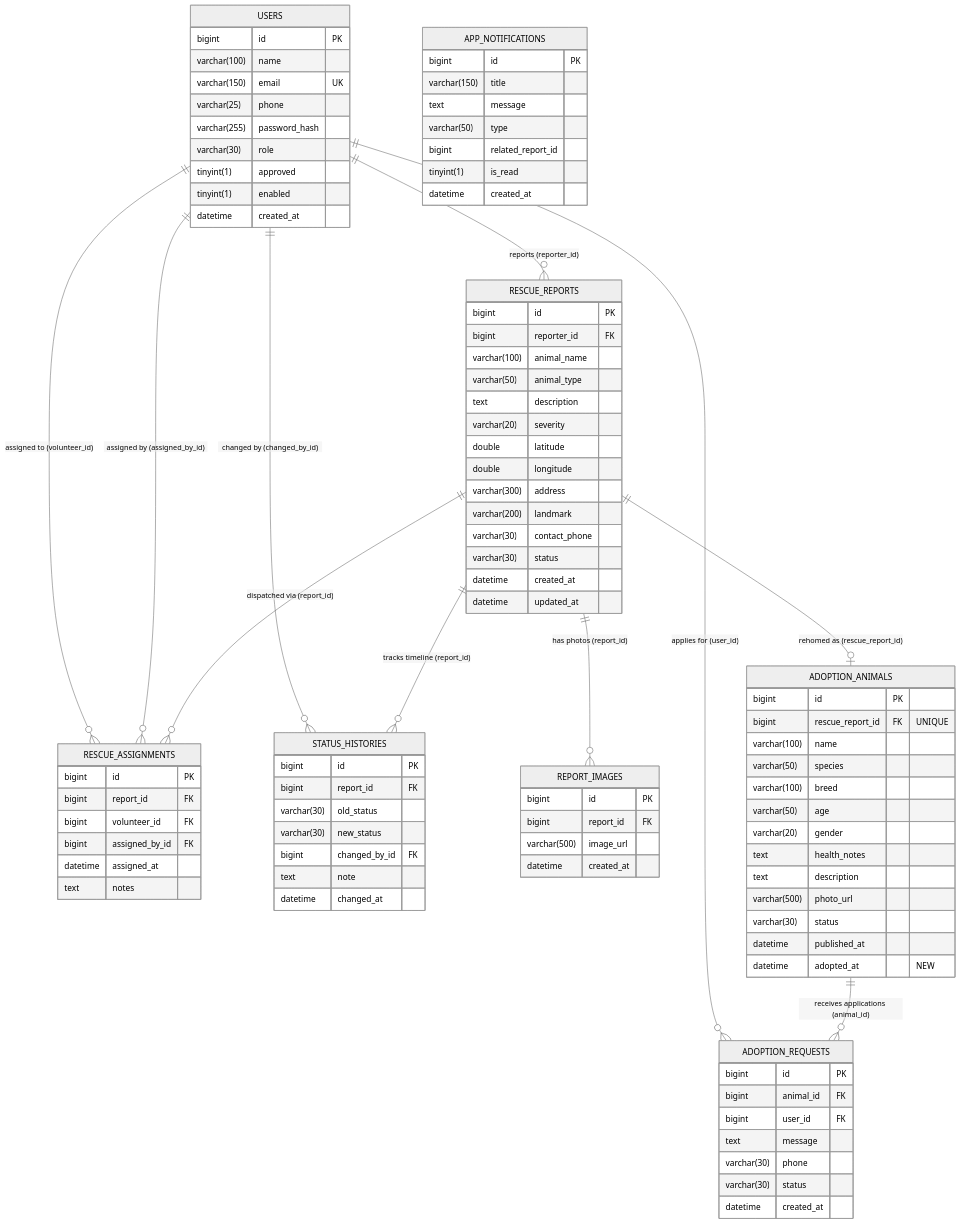
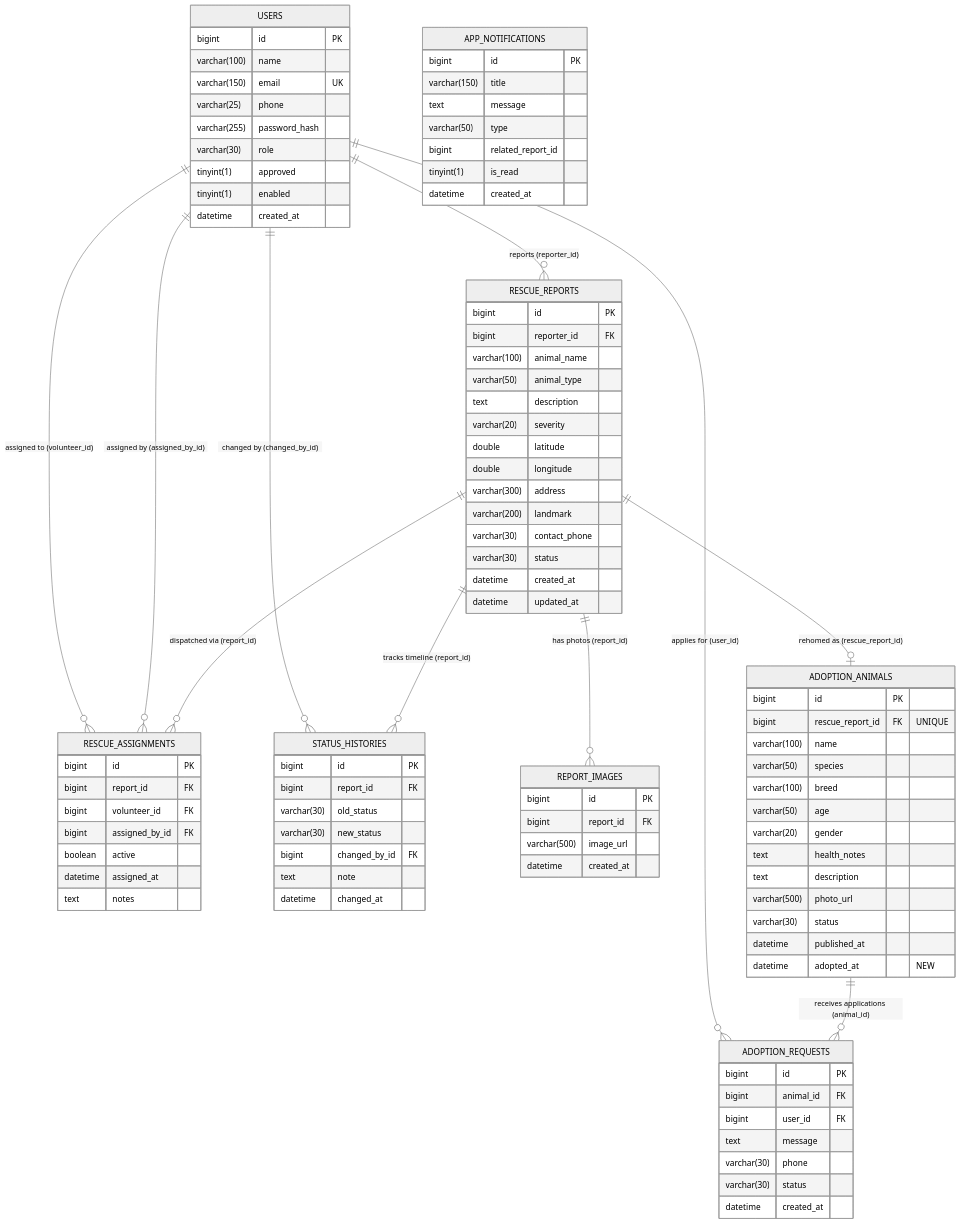
Before and after one commit to Rupam797/AnimalRescuePlatform: the fourth of 4 diagrams in README.md, drawn with Mermaid (neutral theme). The commit also changed other lines of this file and 8 other files, not shown here.

```diff
--- a/README.md
+++ b/README.md
@@ -345,6 +345,7 @@
         bigint report_id FK
         bigint volunteer_id FK
         bigint assigned_by_id FK
+        boolean active
         datetime assigned_at
         text notes
     }
```
